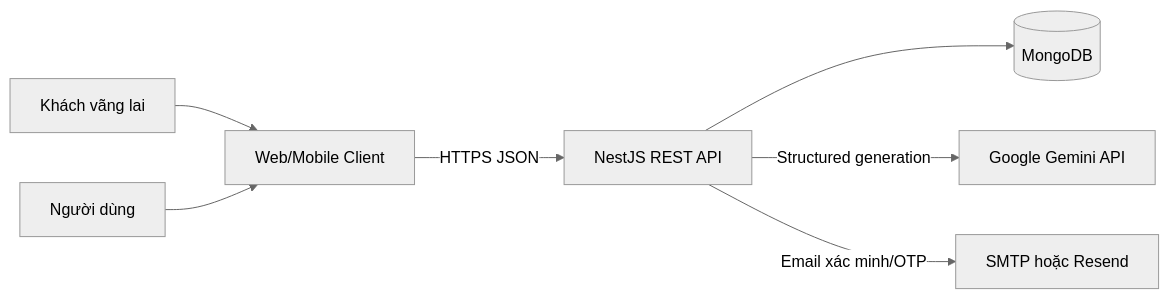
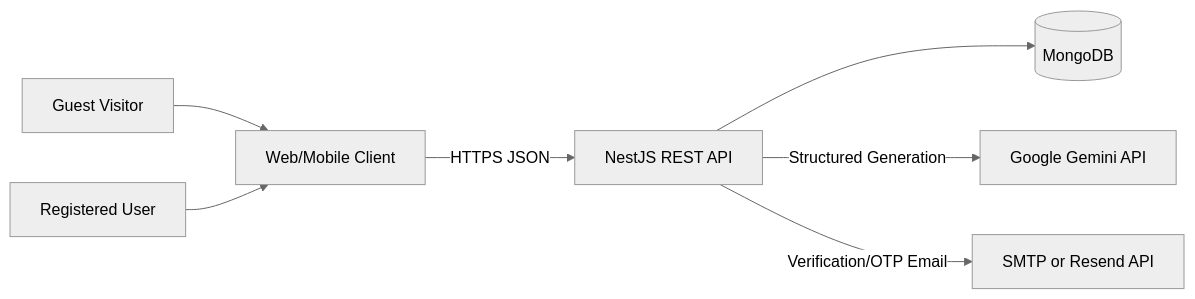
One commit to Trqkhanh17/serverTimBanChoiGame changed the diagram in docs/SRS.md. Above: the diagram before and after it, drawn with Mermaid (neutral theme). The commit also changed other lines of this file and 7 other files, not shown here.

````diff
--- a/docs/SRS.md
+++ b/docs/SRS.md
@@ -58,17 +52,17 @@
 ```mermaid
 flowchart LR
-    Guest[Khách vãng lai]
-    User[Người dùng]
+    Guest[Guest Visitor]
+    User[Registered User]
     Client[Web/Mobile Client]
     API[NestJS REST API]
     Mongo[(MongoDB)]
     Gemini[Google Gemini API]
-    Mail[SMTP hoặc Resend]
+    Mail[SMTP or Resend API]
 
     Guest --> Client
     User --> Client
     Client -->|HTTPS JSON| API
     API --> Mongo
-    API -->|Structured generation| Gemini
-    API -->|Email xác minh/OTP| Mail
+    API -->|Structured Generation| Gemini
+    API -->|Verification/OTP Email| Mail
 ```
````
